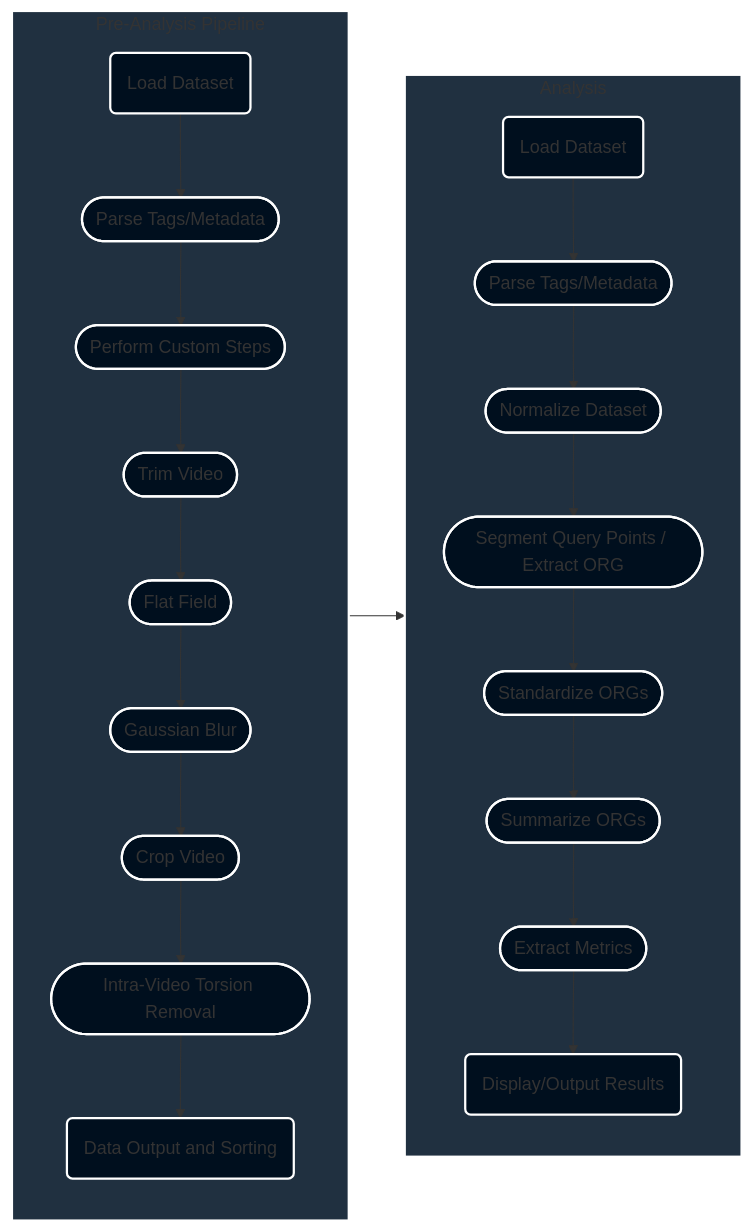
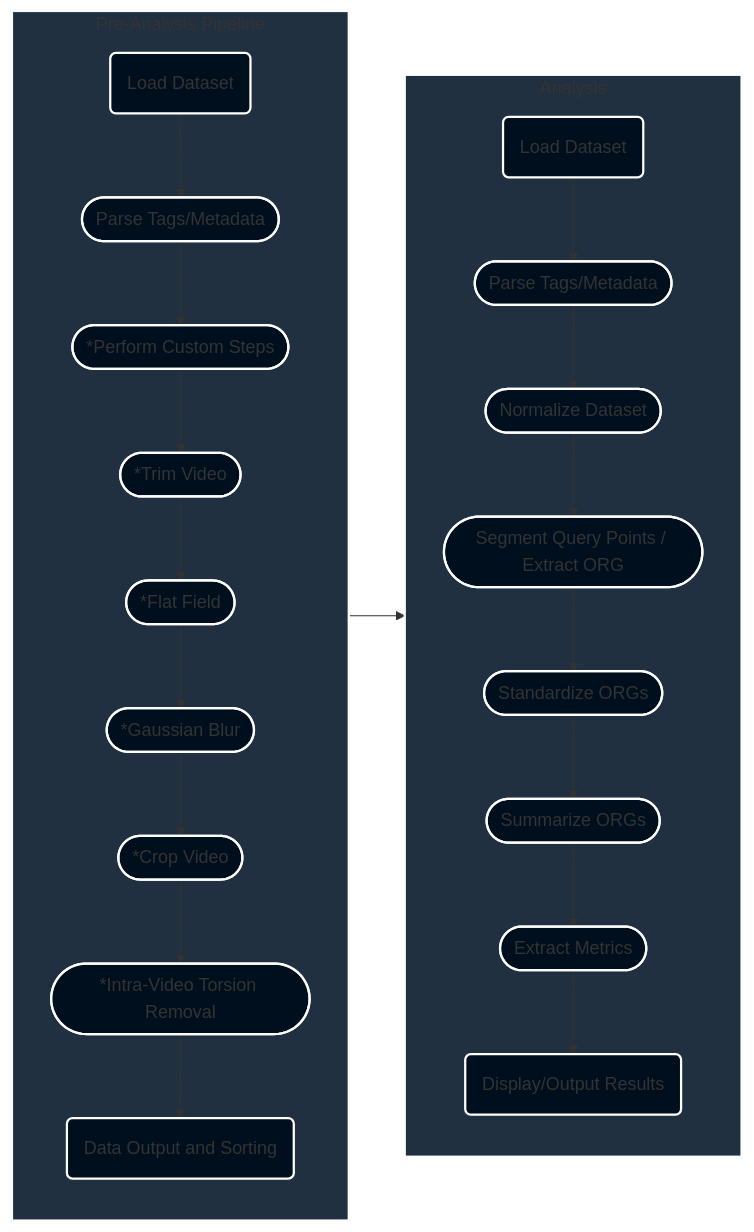
Before and after one commit to OCVL/F-Cell: the diagram in README.md, drawn with Mermaid. The commit also changed other lines of this file, not shown here.

````diff
--- a/README.md
+++ b/README.md
@@ -9,47 +11,47 @@
 ```mermaid
 flowchart LR
 
     subgraph preanalysis["Pre-Analysis Pipeline"]
         direction TB
     AA(Load Dataset) --> BB([Parse Tags/Metadata])
-    BB([Parse Tags/Metadata]) --> CC([Perform Custom Steps]) 
-    CC([Perform Custom Steps]) --> DD([Trim Video]) 
-    DD([Trim Video]) --> EE([Flat Field]) 
-    EE([Flat Field]) --> FF([Gaussian Blur]) 
-    FF([Gaussian Blur]) --> GG([Crop Video]) 
-    GG([Crop Video]) --> HH([Intra-Video Torsion Removal])
-    HH([Intra-Video Torsion Removal]) --> II(Data Output and Sorting)
+    BB([Parse Tags/Metadata]) --> CC([*Perform Custom Steps]) 
+    CC([*Perform Custom Steps]) --> DD([*Trim Video]) 
+    DD([*Trim Video]) --> EE([*Flat Field]) 
+    EE([*Flat Field]) --> FF([*Gaussian Blur]) 
+    FF([*Gaussian Blur]) --> GG([*Crop Video]) 
+    GG([*Crop Video]) --> HH([*Intra-Video Torsion Removal])
+    HH([*Intra-Video Torsion Removal]) --> II(Data Output and Sorting)
     end
 
     preanalysis --> analysis
 
     subgraph analysis["Analysis"]
         direction TB
     A(Load Dataset) --> B([Parse Tags/Metadata])
     B([Parse Tags/Metadata])  --> C([Normalize Dataset])
     C([Normalize Dataset])  --> D([Segment Query Points / Extract ORGs])
     D([Segment Query Points / Extract ORG])  --> E([Standardize ORGs])
     E([Standardize ORGs])  --> F([Summarize ORGs])
     F([Summarize ORGs])  --> G([Extract Metrics])
     G([Extract Metrics])  --> H(Display/Output Results)
     end
     
     click BB "https://github.com/OCVL/F-Cell/wiki/Advanced:-Tag-Parsing" "Tag Parsing"
     click CC "https://github.com/OCVL/F-Cell/wiki/Advanced:-Pre%E2%80%90Analysis-Pipeline#general-parameters" "Custom Steps"
     click DD "https://github.com/OCVL/F-Cell/wiki/Advanced:-Pre%E2%80%90Analysis-Pipeline#trimming" "Trim Video"
     click EE "https://github.com/OCVL/F-Cell/wiki/Advanced:-Pre%E2%80%90Analysis-Pipeline#flat-fielding" "Flat Field"
     click FF "https://github.com/OCVL/F-Cell/wiki/Advanced:-Pre%E2%80%90Analysis-Pipeline#blurring" "Blurring"
     click GG "https://github.com/OCVL/F-Cell/wiki/Advanced:-Pre%E2%80%90Analysis-Pipeline#roi-masking" "Crop Video"
     click HH "https://github.com/OCVL/F-Cell/wiki/Advanced:-Pre%E2%80%90Analysis-Pipeline#torsion-correction" "Intra-Video Torsion Removal"
 
     click B "https://github.com/OCVL/F-Cell/wiki/Advanced:-Tag-Parsing" "Tag Parsing"
     click C "https://github.com/OCVL/F-Cell/wiki/Advanced:-Analysis-Parameters#data-normalization" "Normalize Data"
     click D "https://github.com/OCVL/F-Cell/wiki/Advanced:-Analysis-Parameters#query-point-segmentation" "Query Point Segmentation"
     click E "https://github.com/OCVL/F-Cell/wiki/Advanced:-Analysis-Parameters#signal-standardization" "Standardization"
     click F "https://github.com/OCVL/F-Cell/wiki/Advanced:-Analysis-Parameters#org-summary" "Summarization"
     click G "https://github.com/OCVL/F-Cell/wiki/Advanced:-Analysis-Metrics" "Metrics"
     click H "https://github.com/OCVL/F-Cell/wiki/Advanced:-Analysis-Display-Parameters" "Display Results"
     style preanalysis fill:#203040, stroke:#FFFFFF, stroke-width:2px
     style analysis fill:#203040, stroke:#FFFFFF, stroke-width:2px
 classDef default fill:#000F1E, stroke:#FFFFFF, stroke-width:2px
 ```
````
